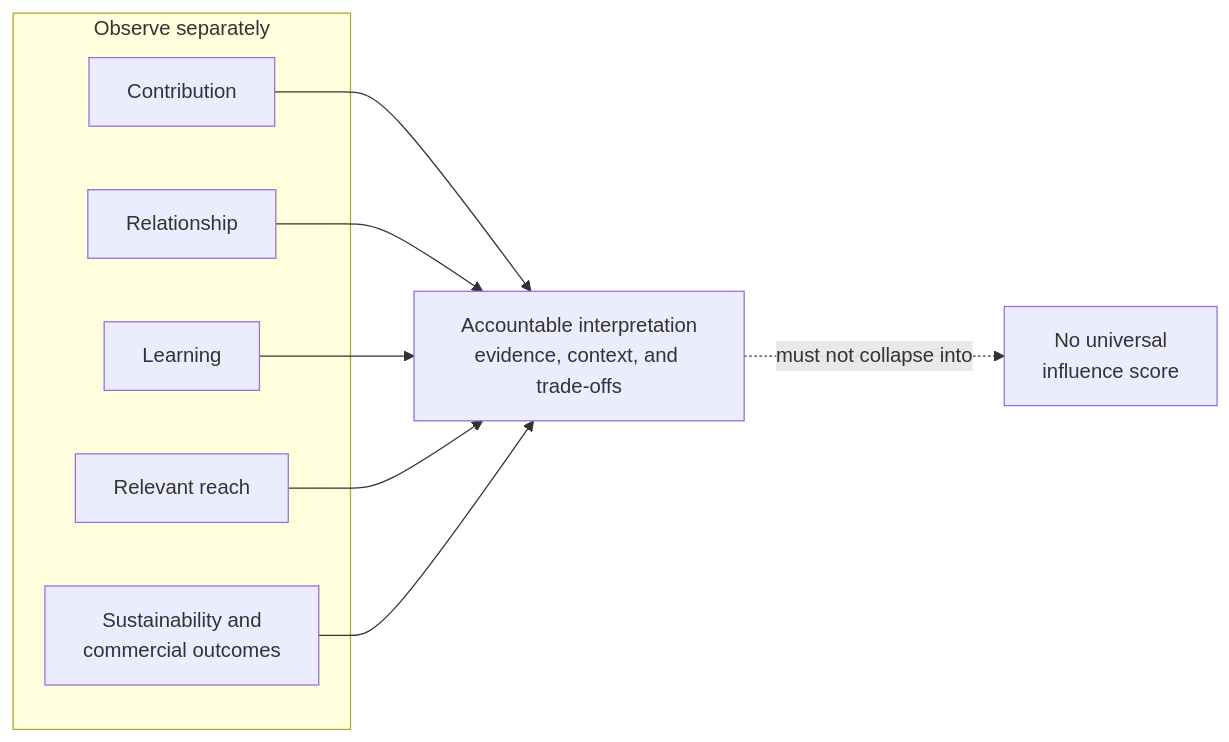
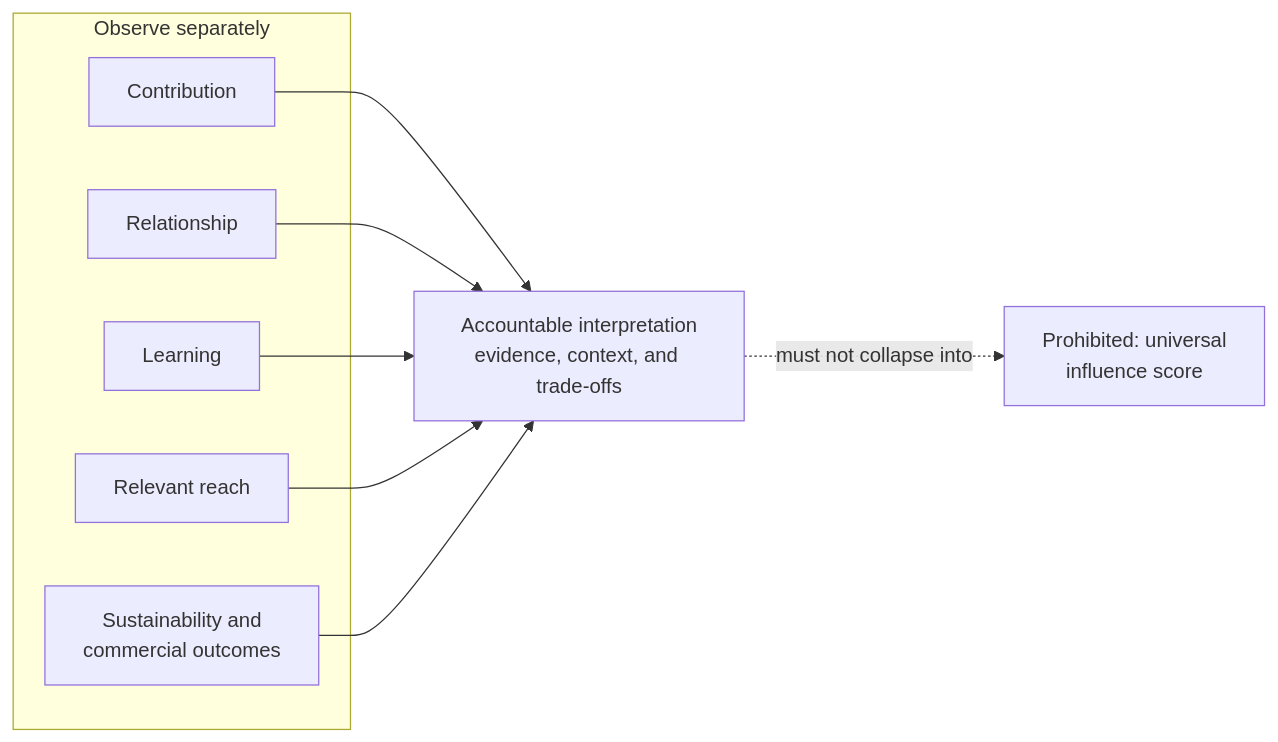
The diagram in framework/measurement-and-learning.md (BradGroux/influence-operating-framework), drawn with Mermaid before and after one commit.

Commit message:
docs: clarify prohibited universal score

````diff
--- a/framework/measurement-and-learning.md
+++ b/framework/measurement-and-learning.md
@@ -61,20 +61,20 @@
 ```mermaid
 flowchart LR
     subgraph D["Observe separately"]
         C["Contribution"]
         R["Relationship"]
         L["Learning"]
         V["Relevant reach"]
         S["Sustainability and<br/>commercial outcomes"]
     end
 
     J["Accountable interpretation<br/>evidence, context, and trade-offs"]
-    N["No universal<br/>influence score"]
+    N["Prohibited: universal<br/>influence score"]
 
     C --> J
     R --> J
     L --> J
     V --> J
     S --> J
     J -. "must not collapse into" .-> N
 ```
````
